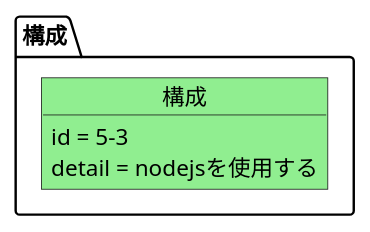
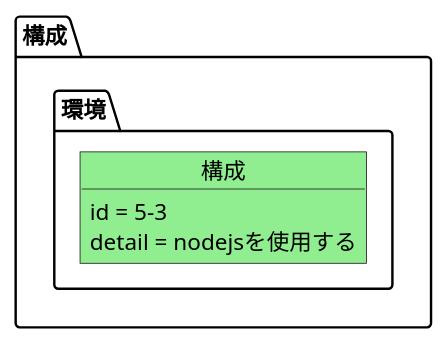
Before and after one commit to TakumiShinoda/anotationUtils: the diagram in plantUML/l5/l5_3.pu, drawn with PlantUML. The commit also changed 58 other files, not shown here.

```diff
--- a/plantUML/l5/l5_3.pu
+++ b/plantUML/l5/l5_3.pu
@@ -1,8 +1,10 @@
 @startuml
 package "構成"{
-  object "構成" as 5_3 #LightGreen{
-    id = 5-3
-    detail = nodejsを使用する
+  package "環境"{
+    object "構成" as 5_3 #LightGreen{
+      id = 5-3
+      detail = nodejsを使用する
+    }
   }
 }
 @enduml
```
